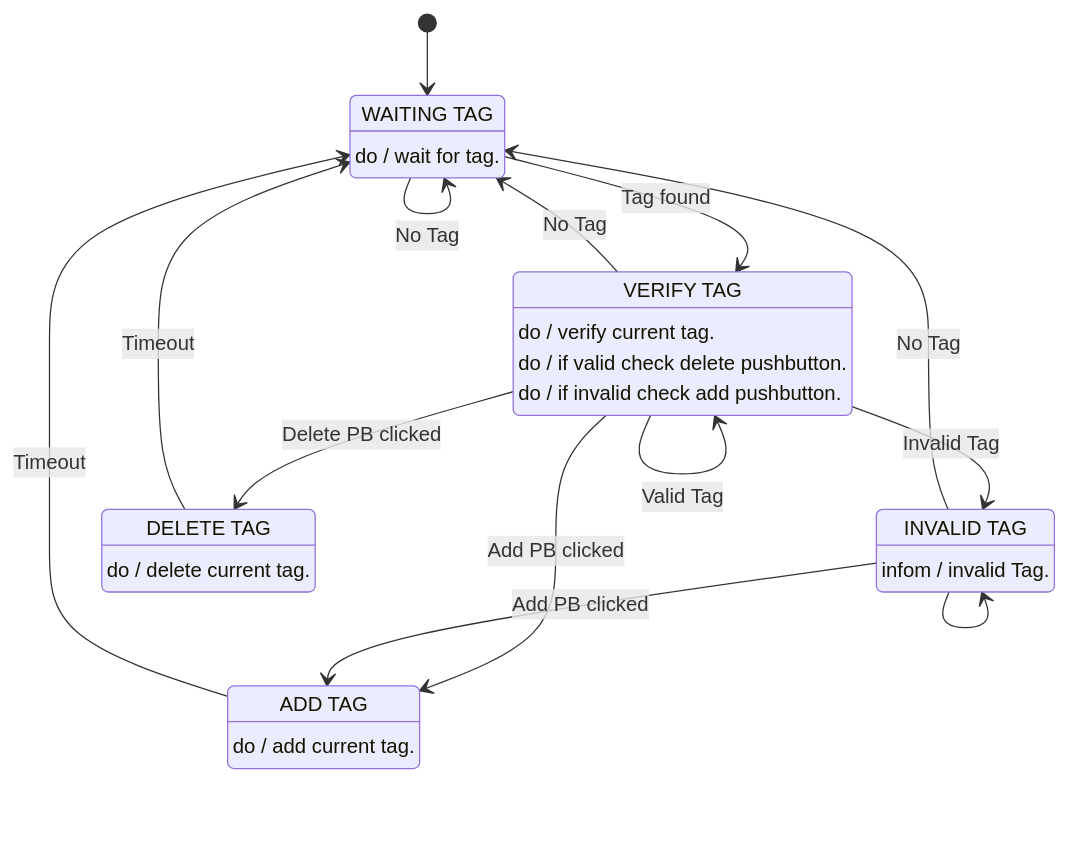
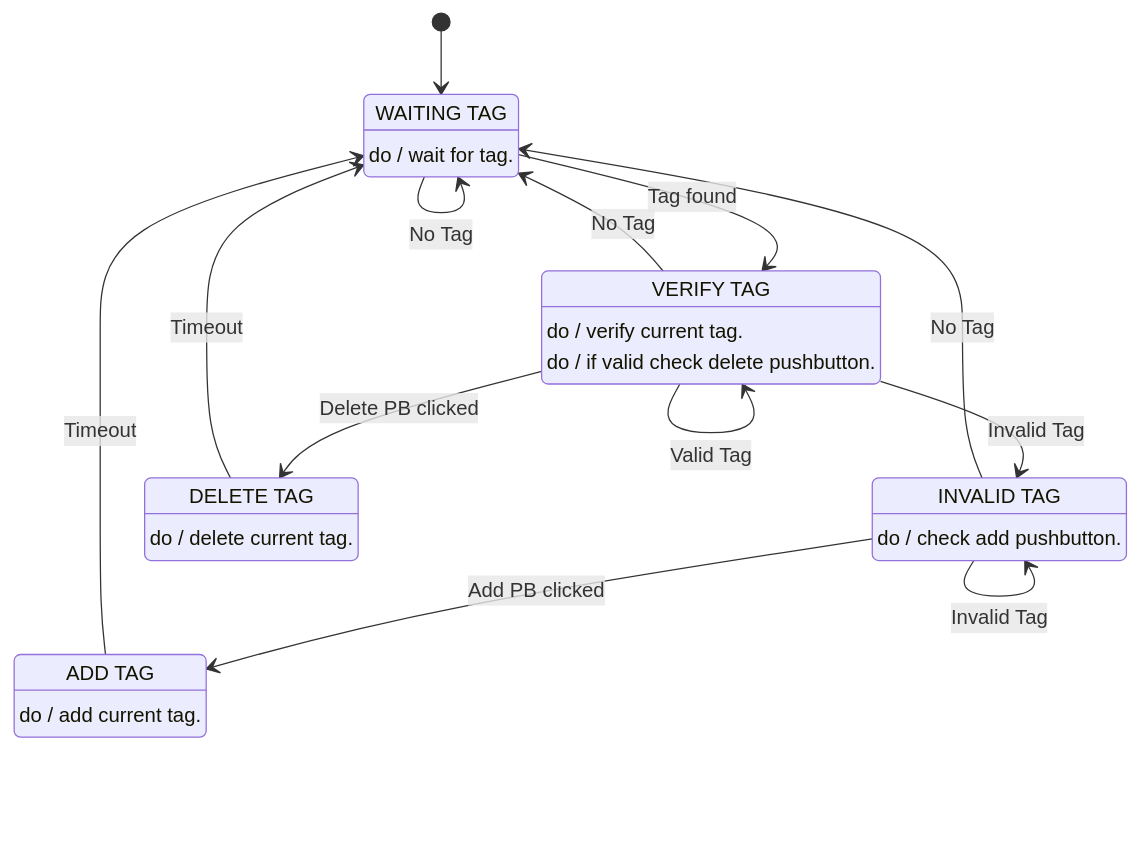
The diagram in Practica_TP.Final/README.md (RobAxt/PdM_workspace), drawn with Mermaid before and after one commit. The commit also changed 1 other file, not shown here.

Commit message:
simplify valid state and update readme

````diff
--- a/Practica_TP.Final/README.md
+++ b/Practica_TP.Final/README.md
@@ -26,23 +26,21 @@
-```mermaid 
+```mermaid
 stateDiagram-v2 
 [*] --> WT
 state "WAITING TAG" as WT: do / wait for tag.
 state "VERIFY TAG" as VT: do / verify current tag.
 VT: do / if valid check delete pushbutton.
-VT: do / if invalid check add pushbutton.
-state "INVALID TAG" as IT: infom / invalid Tag.
+state "INVALID TAG" as IT: do / check add pushbutton.
 state "ADD TAG" as AT: do / add current tag.
 state "DELETE TAG" as DT: do / delete current tag.
 WT --> VT : Tag found
 WT --> WT : No Tag
 VT --> WT : No Tag
 VT --> VT : Valid Tag
-VT --> AT : Add PB clicked
 AT --> WT : Timeout
+IT --> AT : Add PB clicked
 IT --> WT : No Tag
-IT --> AT : Add PB clicked
-IT --> IT 
+IT --> IT : Invalid Tag
 VT --> IT : Invalid Tag
 VT --> DT : Delete PB clicked
 DT --> WT : Timeout
 ```
````
